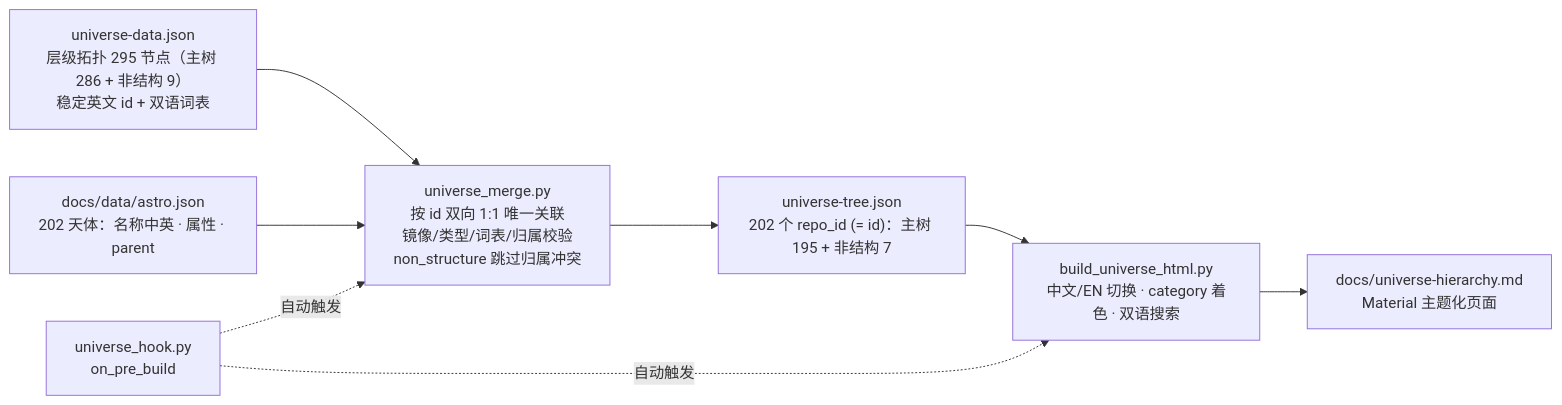
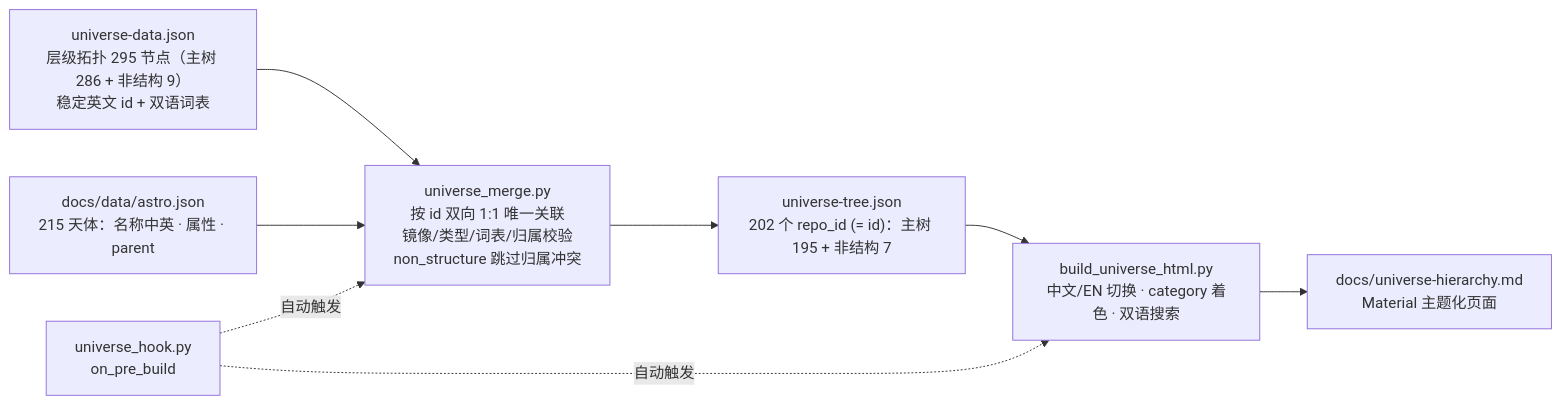
One commit to yufengwolf/astro-blog changed the sixth of 9 diagrams in 维护指南.md. Above: the diagram before and after it, drawn with Mermaid. The commit also changed other lines of this file and 243 other files, not shown here.

````diff
--- a/维护指南.md
+++ b/维护指南.md
@@ -569,10 +569,10 @@
 ```mermaid
 flowchart LR
     UD["universe-data.json<br/>层级拓扑 295 节点（主树 286 + 非结构 9）<br/>稳定英文 id + 双语词表"] --> M["universe_merge.py<br/>按 id 双向 1:1 唯一关联<br/>镜像/类型/词表/归属校验<br/>non_structure 跳过归属冲突"]
-    AS["docs/data/astro.json<br/>202 天体：名称中英 · 属性 · parent"] --> M
+    AS["docs/data/astro.json<br/>215 天体：名称中英 · 属性 · parent"] --> M
     M --> UT["universe-tree.json<br/>202 个 repo_id (= id)：主树 195 + 非结构 7"]
     UT --> B["build_universe_html.py<br/>中文/EN 切换 · category 着色 · 双语搜索"]
     B --> PG["docs/universe-hierarchy.md<br/>Material 主题化页面"]
     H["universe_hook.py<br/>on_pre_build"] -. 自动触发 .-> M
     H -. 自动触发 .-> B
 ```
````
